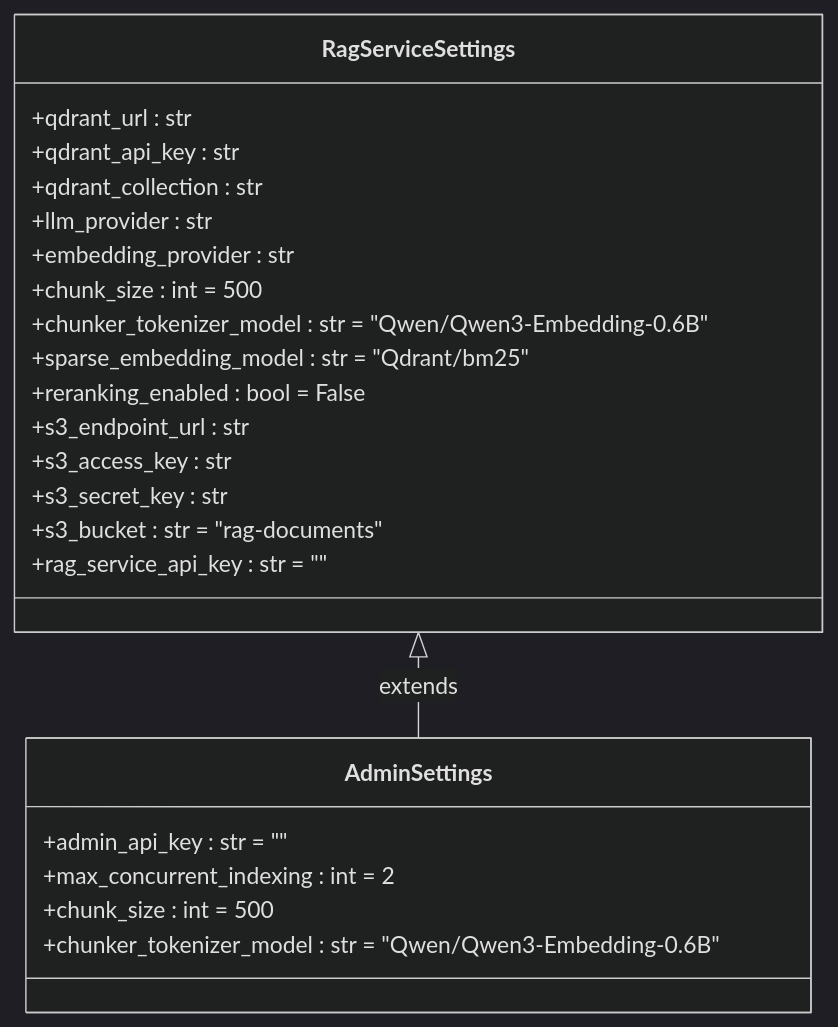
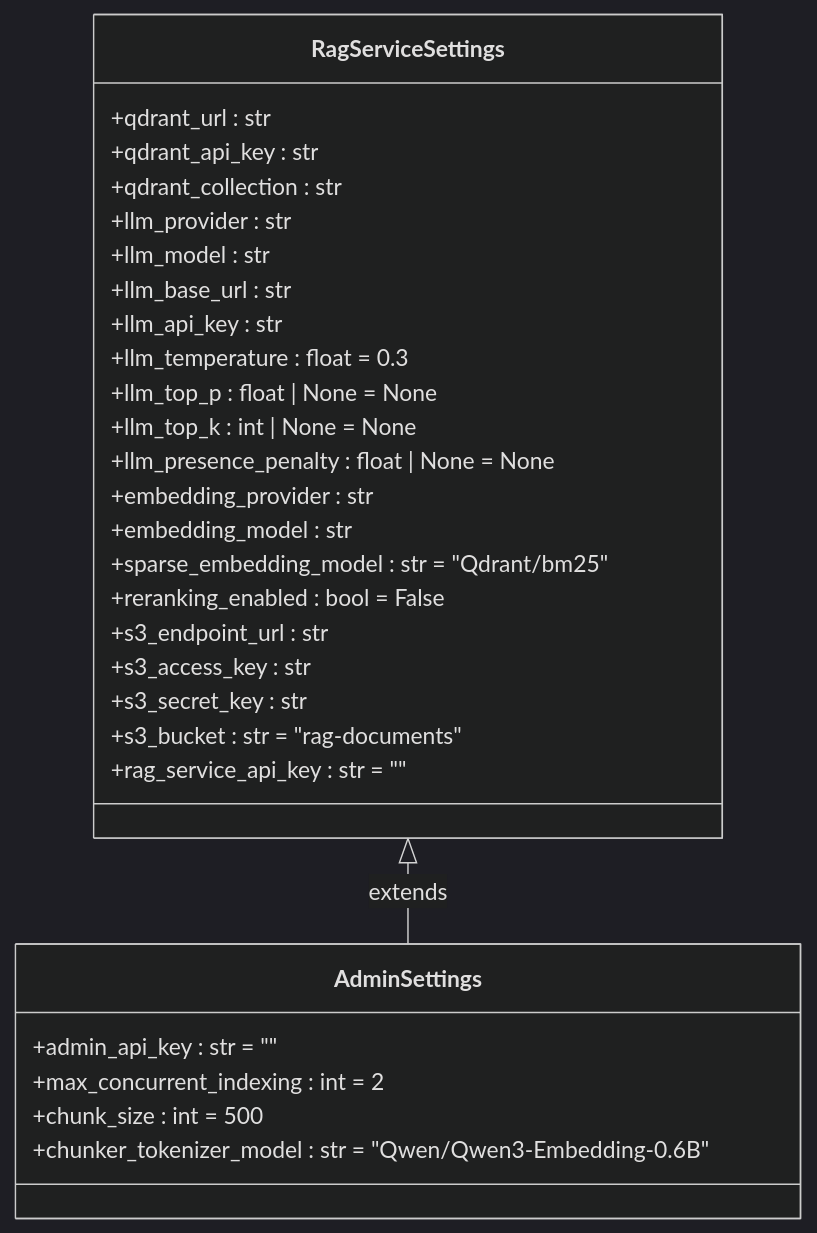
Before and after one commit to ognelis/cafetera_hr_bot: the eighth of 9 diagrams in .qoder/repowiki/en/content/RAG Integration/RAG Parser Enhancement.md, drawn with Mermaid (dark theme). The commit also changed other lines of this file and 9 other files, not shown here.

````diff
--- a/.qoder/repowiki/en/content/RAG Integration/RAG Parser Enhancement.md
+++ b/.qoder/repowiki/en/content/RAG Integration/RAG Parser Enhancement.md
@@ -299,26 +354,32 @@
 ```mermaid
 classDiagram
 class RagServiceSettings {
 +qdrant_url : str
 +qdrant_api_key : str
 +qdrant_collection : str
 +llm_provider : str
++llm_model : str
++llm_base_url : str
++llm_api_key : str
++llm_temperature : float = 0.3
++llm_top_p : float | None = None
++llm_top_k : int | None = None
++llm_presence_penalty : float | None = None
 +embedding_provider : str
-+chunk_size : int = 500
-+chunker_tokenizer_model : str = "Qwen/Qwen3-Embedding-0.6B"
++embedding_model : str
 +sparse_embedding_model : str = "Qdrant/bm25"
 +reranking_enabled : bool = False
 +s3_endpoint_url : str
 +s3_access_key : str
 +s3_secret_key : str
 +s3_bucket : str = "rag-documents"
 +rag_service_api_key : str = ""
 }
 class AdminSettings {
 +admin_api_key : str = ""
 +max_concurrent_indexing : int = 2
 +chunk_size : int = 500
 +chunker_tokenizer_model : str = "Qwen/Qwen3-Embedding-0.6B"
 }
 RagServiceSettings <|-- AdminSettings : extends
 ```
````
